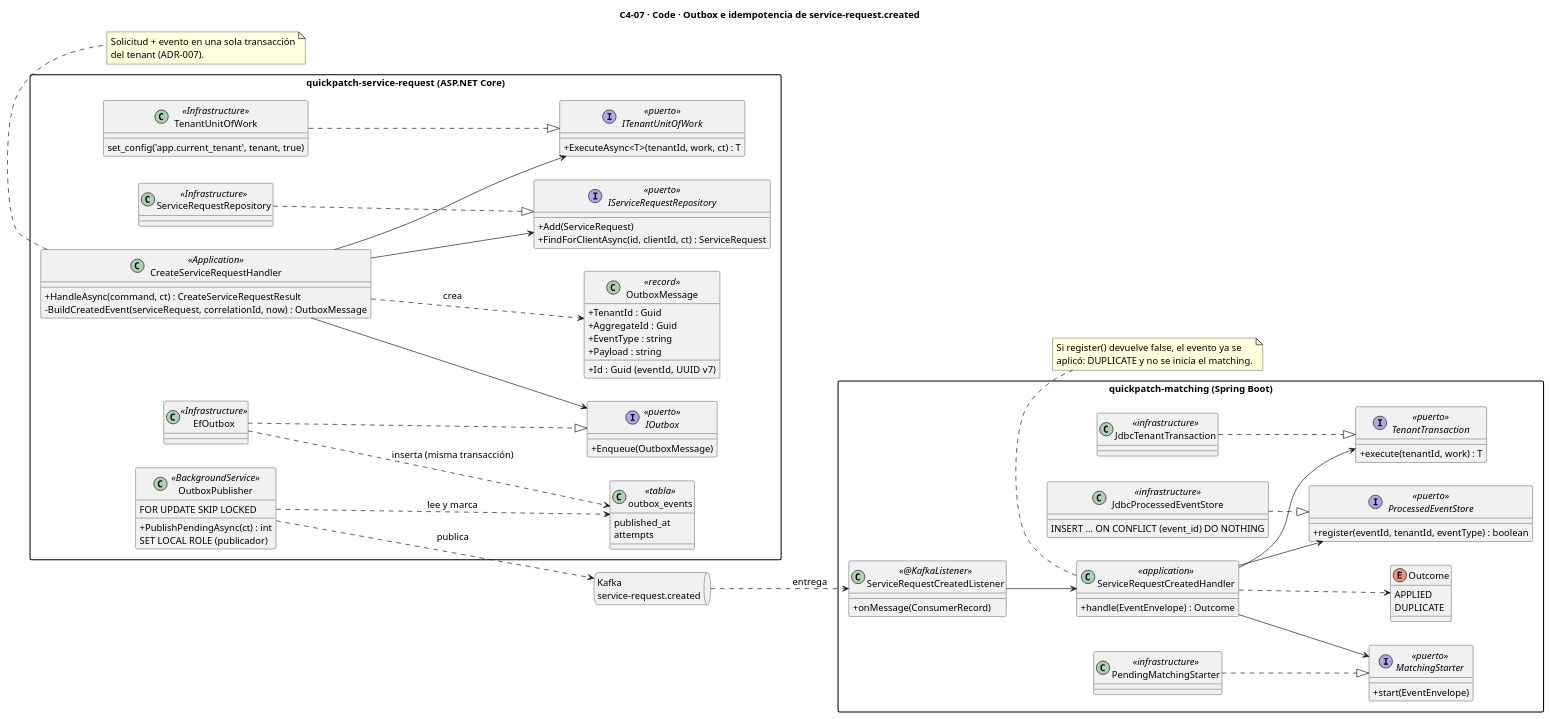
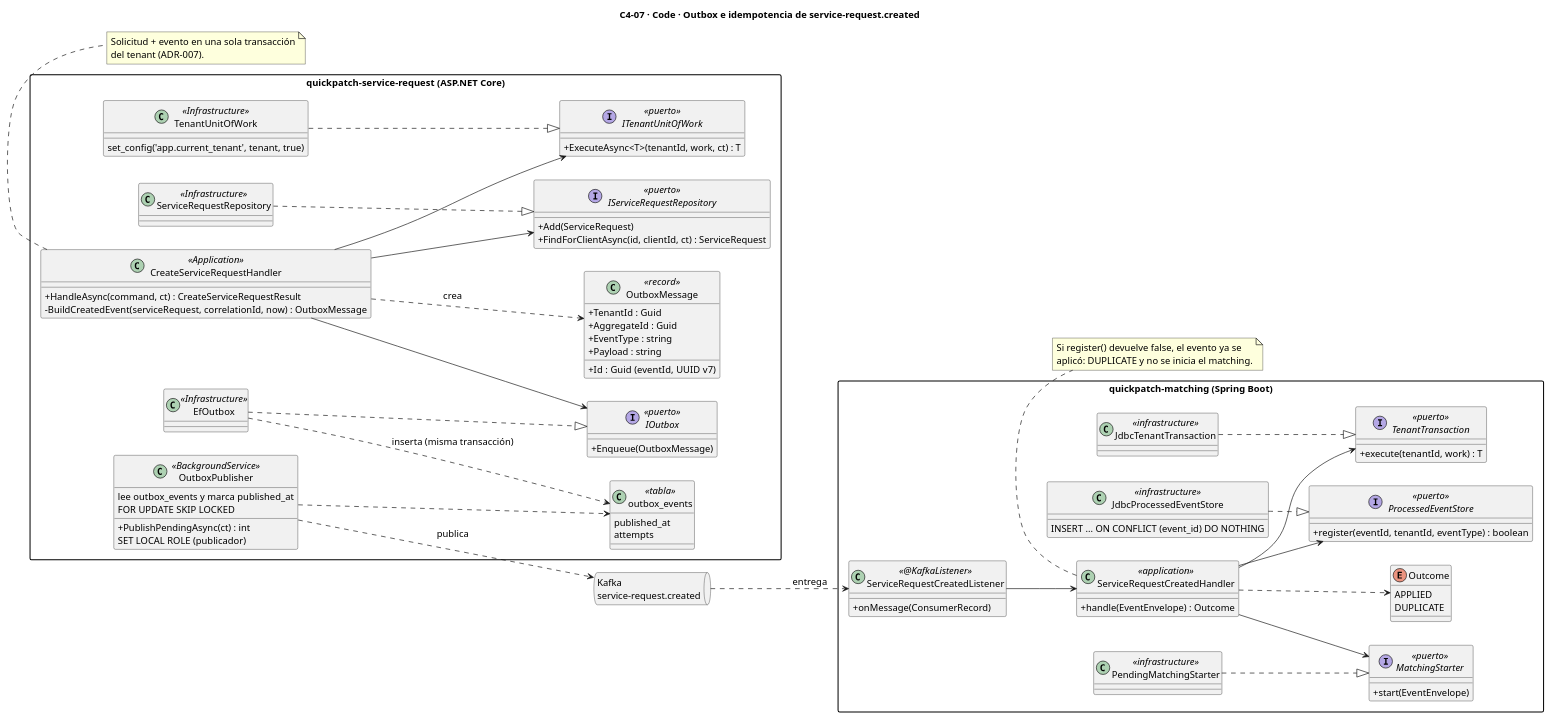
The diagram in docs/architecture/diagrams/c4/C4-07-Codigo-OutboxIdempotencia.puml (ARQUI-202630/quickpatch), drawn with PlantUML before and after one commit. The commit also changed 26 other files, not shown here.

First line of the commit message:
docs(c4): exportar los 23 diagramas y enlazarlos en el SDD

```diff
--- a/docs/architecture/diagrams/c4/C4-07-Codigo-OutboxIdempotencia.puml
+++ b/docs/architecture/diagrams/c4/C4-07-Codigo-OutboxIdempotencia.puml
@@ -1,109 +1,110 @@
 @startuml C4-07-Codigo-OutboxIdempotencia
 ' QUICKPATCH — C4 nivel 4 (Code): publicación y consumo de service-request.created
 ' Transactional Outbox en ServiceRequest (.NET) y consumo idempotente en Matching (Java).
 ' Clases reales de develop (7 de octubre de 2026); se omiten métodos que no intervienen.
 ' Fuentes: ADR-007, DD RN-EV1, SDD 4.5.1 y 5.9.
 title C4-07 · Code · Outbox e idempotencia de service-request.created
 skinparam classAttributeIconSize 0
 skinparam defaultFontSize 14
 skinparam packageStyle rectangle
 allowmixing
 set separator none
 left to right direction
 
 package "quickpatch-service-request (ASP.NET Core)" {
   class CreateServiceRequestHandler <<Application>> {
     +HandleAsync(command, ct) : CreateServiceRequestResult
     -BuildCreatedEvent(serviceRequest, correlationId, now) : OutboxMessage
   }
   interface ITenantUnitOfWork <<puerto>> {
     +ExecuteAsync<T>(tenantId, work, ct) : T
   }
   interface IServiceRequestRepository <<puerto>> {
     +Add(ServiceRequest)
     +FindForClientAsync(id, clientId, ct) : ServiceRequest
   }
   interface IOutbox <<puerto>> {
     +Enqueue(OutboxMessage)
   }
   class OutboxMessage <<record>> {
     +Id : Guid  (eventId, UUID v7)
     +TenantId : Guid
     +AggregateId : Guid
     +EventType : string
     +Payload : string
   }
   class TenantUnitOfWork <<Infrastructure>> {
     set_config('app.current_tenant', tenant, true)
   }
   class ServiceRequestRepository <<Infrastructure>>
   class EfOutbox <<Infrastructure>>
   class OutboxPublisher <<BackgroundService>> {
     +PublishPendingAsync(ct) : int
+    lee outbox_events y marca published_at
     FOR UPDATE SKIP LOCKED
     SET LOCAL ROLE (publicador)
   }
   class outbox_events <<tabla>> {
     published_at
     attempts
   }
 }
 
 queue "Kafka\nservice-request.created" as topic
 
 package "quickpatch-matching (Spring Boot)" {
   class ServiceRequestCreatedListener <<@KafkaListener>> {
     +onMessage(ConsumerRecord)
   }
   class ServiceRequestCreatedHandler <<application>> {
     +handle(EventEnvelope) : Outcome
   }
   enum Outcome {
     APPLIED
     DUPLICATE
   }
   interface TenantTransaction <<puerto>> {
     +execute(tenantId, work) : T
   }
   interface ProcessedEventStore <<puerto>> {
     +register(eventId, tenantId, eventType) : boolean
   }
   interface MatchingStarter <<puerto>> {
     +start(EventEnvelope)
   }
   class JdbcTenantTransaction <<infrastructure>>
   class JdbcProcessedEventStore <<infrastructure>> {
     INSERT ... ON CONFLICT (event_id) DO NOTHING
   }
   class PendingMatchingStarter <<infrastructure>>
 }
 
 CreateServiceRequestHandler --> ITenantUnitOfWork
 CreateServiceRequestHandler --> IServiceRequestRepository
 CreateServiceRequestHandler --> IOutbox
 CreateServiceRequestHandler ..> OutboxMessage : crea
 TenantUnitOfWork ..|> ITenantUnitOfWork
 ServiceRequestRepository ..|> IServiceRequestRepository
 EfOutbox ..|> IOutbox
 EfOutbox ..> outbox_events : inserta (misma transacción)
-OutboxPublisher ..> outbox_events : lee y marca
+OutboxPublisher ..> outbox_events
 OutboxPublisher ..> topic : publica
 topic ..> ServiceRequestCreatedListener : entrega
 ServiceRequestCreatedListener --> ServiceRequestCreatedHandler
 ServiceRequestCreatedHandler --> TenantTransaction
 ServiceRequestCreatedHandler --> ProcessedEventStore
 ServiceRequestCreatedHandler --> MatchingStarter
 ServiceRequestCreatedHandler ..> Outcome
 JdbcTenantTransaction ..|> TenantTransaction
 JdbcProcessedEventStore ..|> ProcessedEventStore
 PendingMatchingStarter ..|> MatchingStarter
 
 note bottom of CreateServiceRequestHandler
   Solicitud + evento en una sola transacción
   del tenant (ADR-007).
 end note
 note bottom of ServiceRequestCreatedHandler
   Si register() devuelve false, el evento ya se
   aplicó: DUPLICATE y no se inicia el matching.
 end note
 @enduml
```
